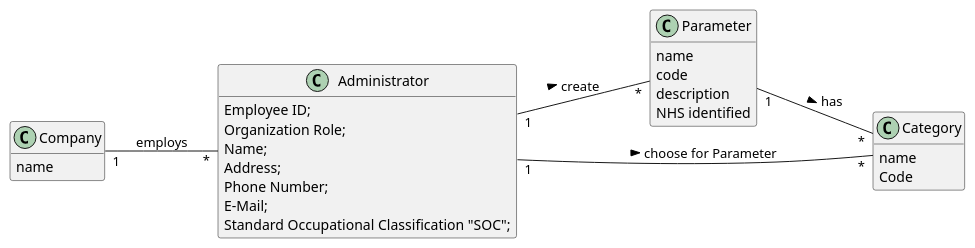
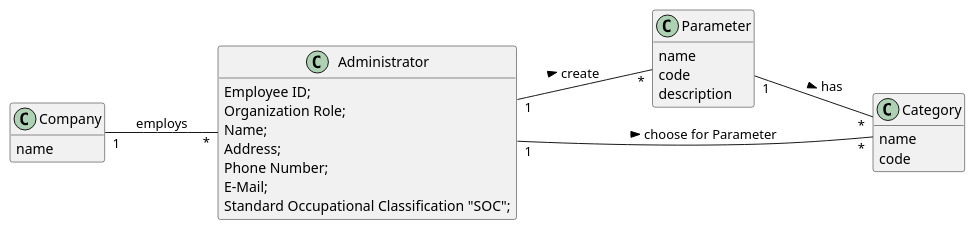
The diagram in docs/SprintB/US10/US10_MD.puml (MarianaCLages/LAPR2), drawn with PlantUML before and after one commit. The commit also changed 10 other files, not shown here.

```diff
--- a/docs/SprintB/US10/US10_MD.puml
+++ b/docs/SprintB/US10/US10_MD.puml
@@ -1,42 +1,41 @@
 @startuml
 hide methods
 left to right direction
 skinparam classAttributeIconSize 0
 
 class Company{
 name
 }
 
 class Administrator {
 Employee ID;
 Organization Role;
 Name;
 Address;
 Phone Number;
 E-Mail;
 Standard Occupational Classification "SOC";
 }
 
 class Parameter{
 name
 code
 description
-NHS identified
 }
 
 class Category{
 name
-Code
+code
 }
 
 
 
 Company "1" -- "*" Administrator : employs
 Administrator "1" -- "*" Parameter : create >
 Parameter "1" -- "*" Category : has >
 Administrator "1" -- "*" Category : choose for Parameter >
 
 
 
 
 @enduml
```
